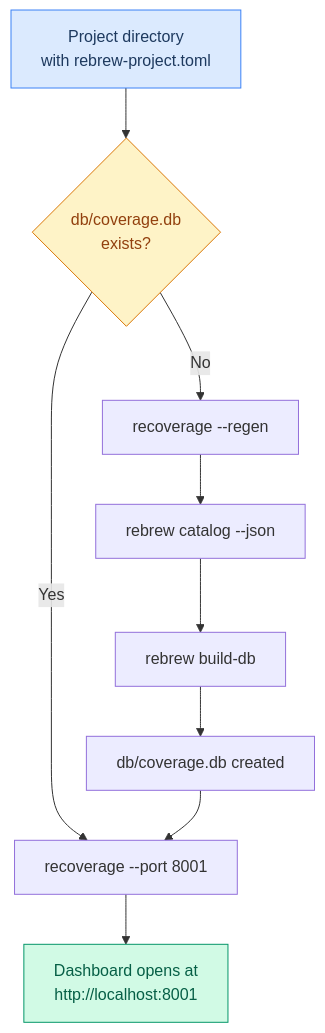
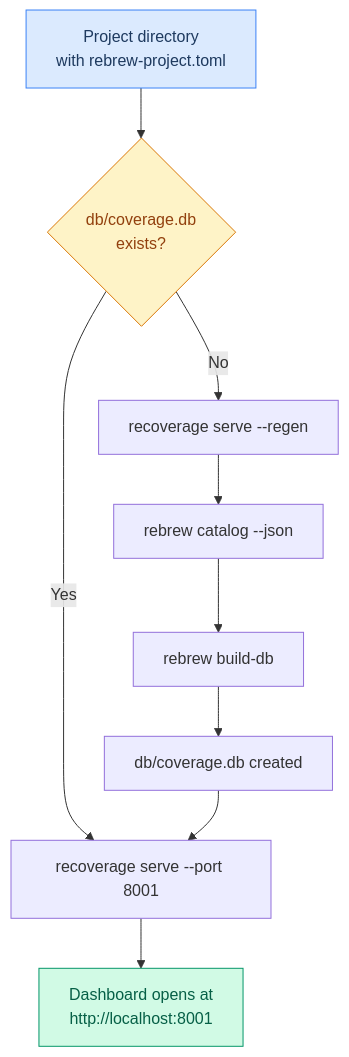
The first of 17 diagrams in docs/USER_STORIES.md (maci0/recoverage), drawn with Mermaid before and after one commit. The commit also changed other lines of this file and 7 other files, not shown here.

````diff
--- a/docs/USER_STORIES.md
+++ b/docs/USER_STORIES.md
@@ -29,15 +29,15 @@
 ```mermaid
 graph TD
     A["Project directory<br/>with rebrew-project.toml"] --> B{"db/coverage.db<br/>exists?"}
-    B -->|Yes| C["recoverage --port 8001"]
-    B -->|No| D["recoverage --regen"]
+    B -->|Yes| C["recoverage serve --port 8001"]
+    B -->|No| D["recoverage serve --regen"]
     D --> E["rebrew catalog --json"]
     E --> F["rebrew build-db"]
     F --> G["db/coverage.db created"]
     G --> C
     C --> H["Dashboard opens at<br/>http://localhost:8001"]
 
     style A fill:#dbeafe,stroke:#3b82f6,color:#1e3a5f
     style H fill:#d1fae5,stroke:#059669,color:#065f46
     style B fill:#fef3c7,stroke:#d97706,color:#92400e
 ```
````
